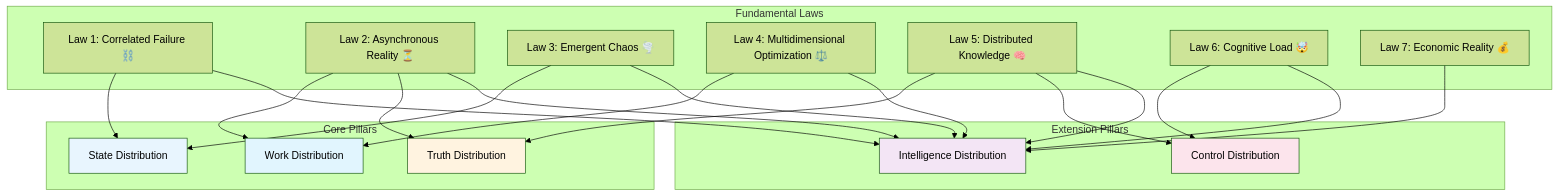
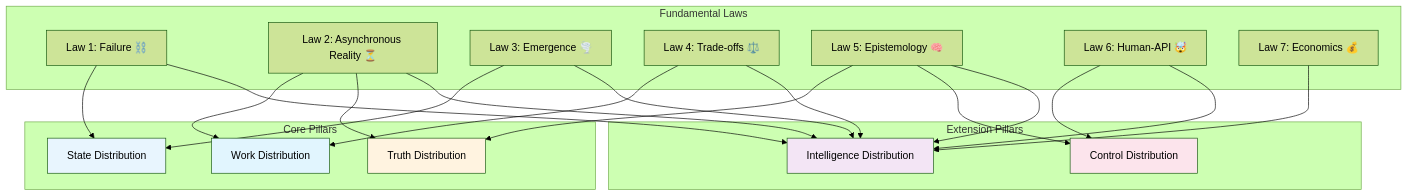
The first of 3 diagrams in docs/part2-pillars/index.md (deepaucksharma/DStudio), drawn with Mermaid (forest theme) before and after one commit. The commit also changed other lines of this file and 470 other files, not shown here.

````diff
--- a/docs/part2-pillars/index.md
+++ b/docs/part2-pillars/index.md
@@ -50,35 +50,35 @@
 ```mermaid
 graph TD
     subgraph "Fundamental Laws"
-        L1[Law 1: Correlated Failure ⛓️]
+        L1[Law 1: Failure ⛓️]
         L2[Law 2: Asynchronous Reality ⏳]
-        L3[Law 3: Emergent Chaos 🌪️]
-        L4[Law 4: Multidimensional Optimization ⚖️]
-        L5[Law 5: Distributed Knowledge 🧠]
-        L6[Law 6: Cognitive Load 🤯]
-        L7[Law 7: Economic Reality 💰]
+        L3[Law 3: Emergence 🌪️]
+        L4[Law 4: Trade-offs ⚖️]
+        L5[Law 5: Epistemology 🧠]
+        L6[Law 6: Human-API 🤯]
+        L7[Law 7: Economics 💰]
     end
     
     subgraph "Core Pillars"
         P1[Work Distribution]
         P2[State Distribution]
         P3[Truth Distribution]
     end
     
     subgraph "Extension Pillars"
         P4[Control Distribution]
         P5[Intelligence Distribution]
     end
     
     L2 & L4 --> P1
     L1 & L3 --> P2
     L2 & L5 --> P3
     L5 & L6 --> P4
     L1 & L2 & L3 & L4 & L5 & L6 & L7 --> P5
     
     style P1 fill:#e1f5fe
     style P2 fill:#e8f5fe
     style P3 fill:#fff3e0
     style P4 fill:#fce4ec
     style P5 fill:#f3e5f5
 ```
````
